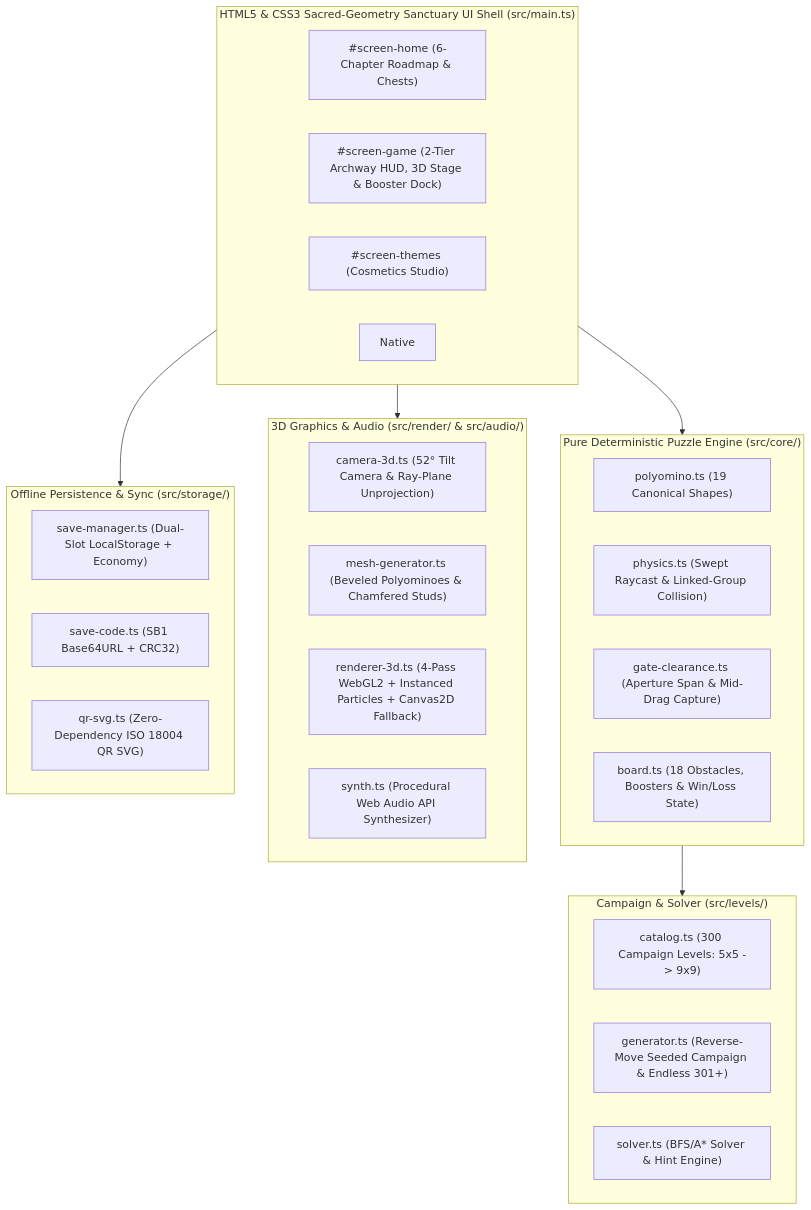
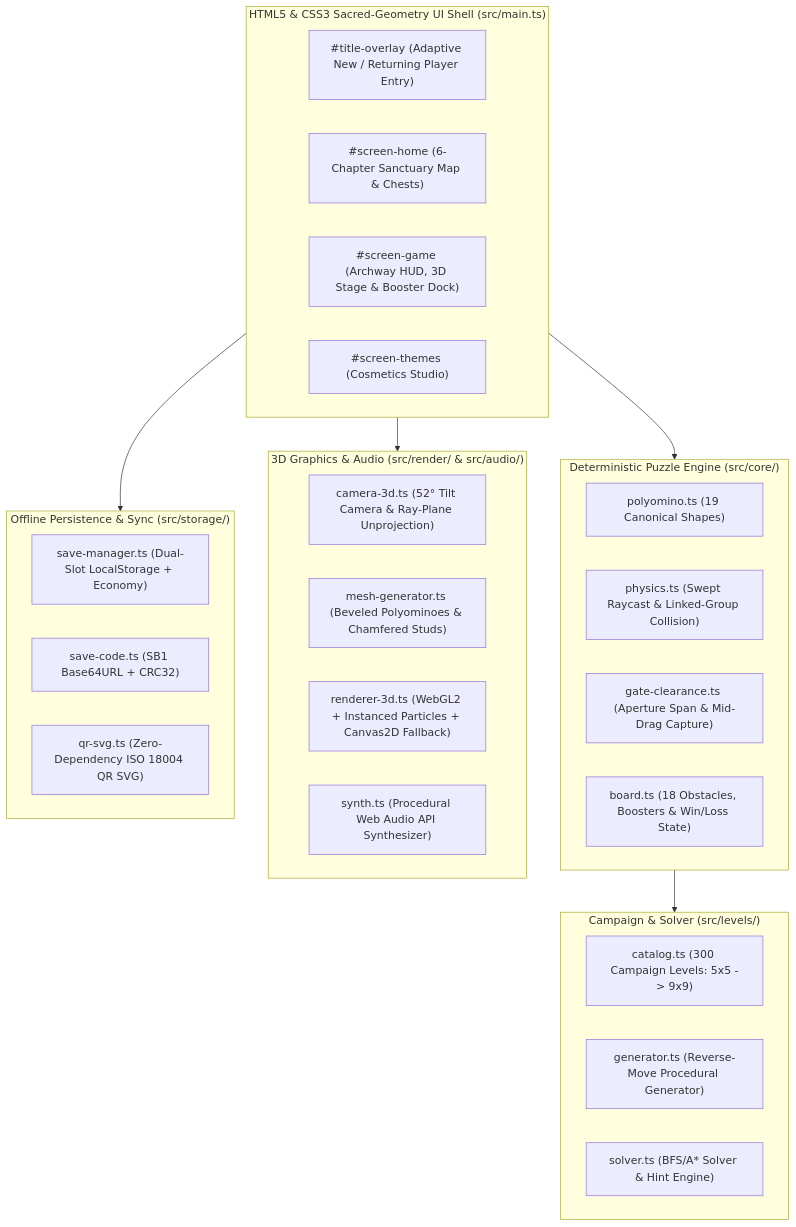
The diagram in README.md (jskorupski/Shred-Blocks), drawn with Mermaid before and after one commit. The commit also changed other lines of this file and 7 other files, not shown here.

Commit message:
feat: amp up 3D idle animations, reveal sacred-geometry backdrop, fix SW redirect flash, and restructure README

````diff
--- a/README.md
+++ b/README.md
@@ -99,40 +145,40 @@
 ```mermaid
 flowchart TD
-  subgraph UI["HTML5 & CSS3 Sacred-Geometry Sanctuary UI Shell (src/main.ts)"]
-    Home["#screen-home (6-Chapter Roadmap & Chests)"]
-    Game["#screen-game (2-Tier Archway HUD, 3D Stage & Booster Dock)"]
+  subgraph UI["HTML5 & CSS3 Sacred-Geometry UI Shell (src/main.ts)"]
+    Title["#title-overlay (Adaptive New / Returning Player Entry)"]
+    Home["#screen-home (6-Chapter Sanctuary Map & Chests)"]
+    Game["#screen-game (Archway HUD, 3D Stage & Booster Dock)"]
     Themes["#screen-themes (Cosmetics Studio)"]
-    Modals["Native <dialog> Modals (Victory, Failure, Pause, Save Sync, Install)"]
   end
 
-  subgraph Core["Pure Deterministic Puzzle Engine (src/core/)"]
+  subgraph Core["Deterministic Puzzle Engine (src/core/)"]
     Poly["polyomino.ts (19 Canonical Shapes)"]
     Phys["physics.ts (Swept Raycast & Linked-Group Collision)"]
     Gate["gate-clearance.ts (Aperture Span & Mid-Drag Capture)"]
     Board["board.ts (18 Obstacles, Boosters & Win/Loss State)"]
   end
 
   subgraph Levels["Campaign & Solver (src/levels/)"]
     Catalog["catalog.ts (300 Campaign Levels: 5x5 -> 9x9)"]
-    Gen["generator.ts (Reverse-Move Seeded Campaign & Endless 301+)"]
+    Gen["generator.ts (Reverse-Move Procedural Generator)"]
     Solver["solver.ts (BFS/A* Solver & Hint Engine)"]
   end
 
   subgraph Render["3D Graphics & Audio (src/render/ & src/audio/)"]
     Cam["camera-3d.ts (52° Tilt Camera & Ray-Plane Unprojection)"]
     Mesh["mesh-generator.ts (Beveled Polyominoes & Chamfered Studs)"]
-    GL["renderer-3d.ts (4-Pass WebGL2 + Instanced Particles + Canvas2D Fallback)"]
+    GL["renderer-3d.ts (WebGL2 + Instanced Particles + Canvas2D Fallback)"]
     Synth["synth.ts (Procedural Web Audio API Synthesizer)"]
   end
 
   subgraph Storage["Offline Persistence & Sync (src/storage/)"]
     Save["save-manager.ts (Dual-Slot LocalStorage + Economy)"]
     Code["save-code.ts (SB1 Base64URL + CRC32)"]
     QR["qr-svg.ts (Zero-Dependency ISO 18004 QR SVG)"]
   end
 
   UI --> Core
   UI --> Render
   UI --> Storage
   Core --> Levels
 ```
````
